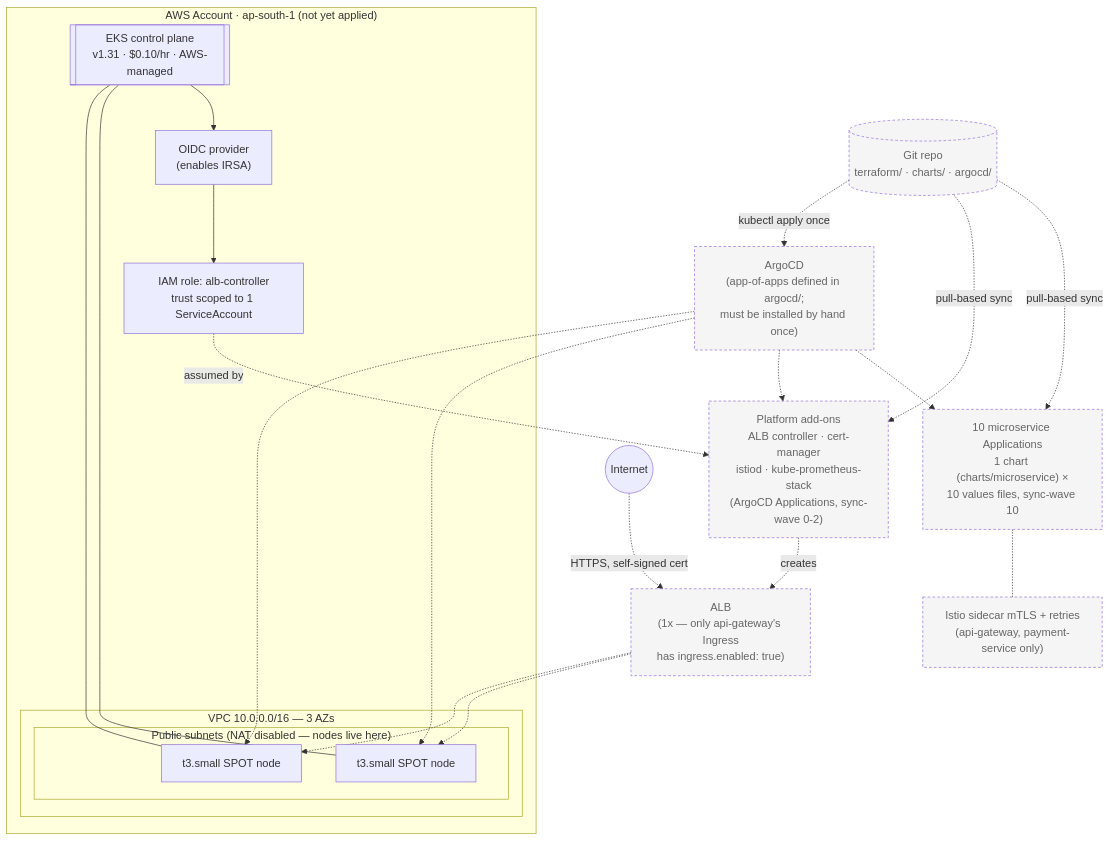
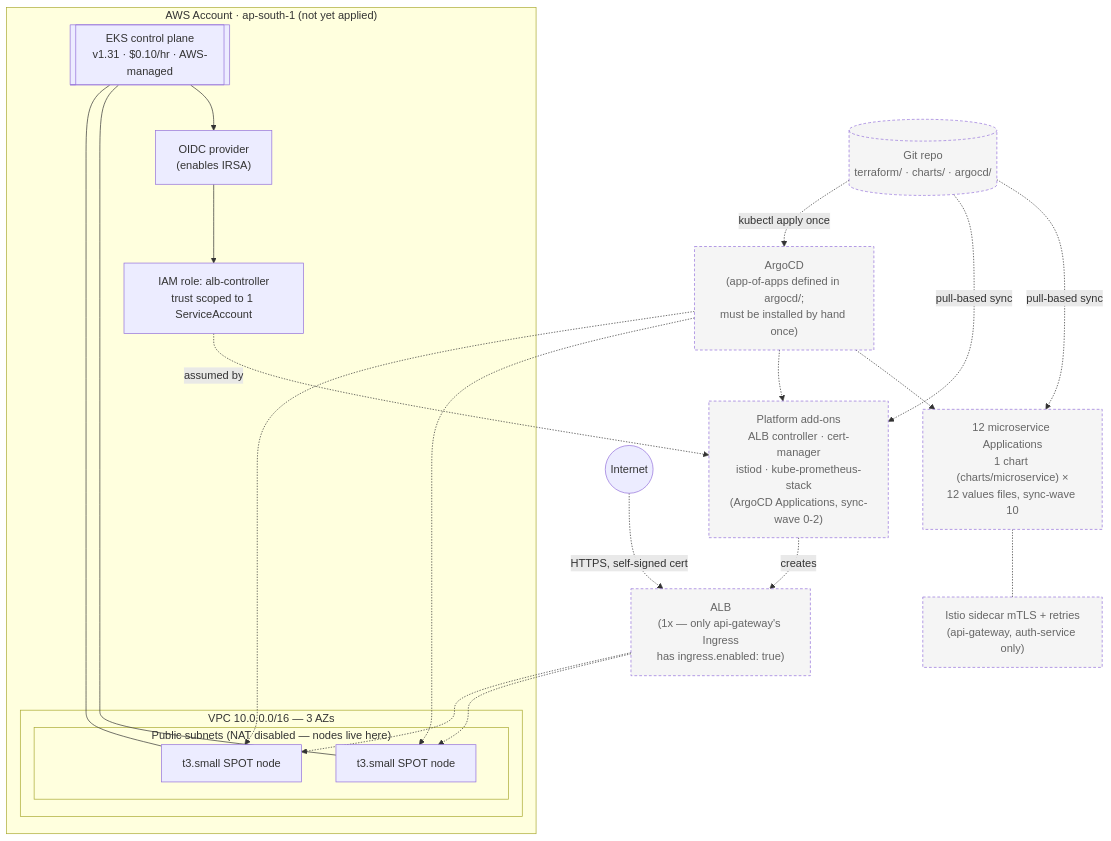
One commit to shubh17shah/eks-platform changed the second of 2 diagrams in README.md. Above: the diagram before and after it, drawn with Mermaid. The commit also changed other lines of this file and 51 other files, not shown here.

````diff
--- a/README.md
+++ b/README.md
@@ -42,47 +78,47 @@
 ```mermaid
 graph TB
     Internet((Internet))
     Git[("Git repo<br/>terraform/ · charts/ · argocd/")]
 
     subgraph AWSAccount["AWS Account · ap-south-1 (not yet applied)"]
         subgraph VPC["VPC 10.0.0.0/16 — 3 AZs"]
             subgraph PublicSubnets["Public subnets (NAT disabled — nodes live here)"]
                 Node1["t3.small SPOT node"]
                 Node2["t3.small SPOT node"]
             end
         end
 
         CP[["EKS control plane<br/>v1.31 · $0.10/hr · AWS-managed"]]
         OIDC["OIDC provider<br/>(enables IRSA)"]
         Role["IAM role: alb-controller<br/>trust scoped to 1 ServiceAccount"]
 
         CP --- Node1
         CP --- Node2
         CP --> OIDC
         OIDC --> Role
     end
 
     ArgoCD["ArgoCD<br/>(app-of-apps defined in argocd/;<br/>must be installed by hand once)"]
     Platform["Platform add-ons<br/>ALB controller · cert-manager<br/>istiod · kube-prometheus-stack<br/>(ArgoCD Applications, sync-wave 0-2)"]
-    Apps["10 microservice Applications<br/>1 chart (charts/microservice) ×<br/>10 values files, sync-wave 10"]
+    Apps["12 microservice Applications<br/>1 chart (charts/microservice) ×<br/>12 values files, sync-wave 10"]
     ALB["ALB<br/>(1x — only api-gateway's Ingress<br/>has ingress.enabled: true)"]
-    Mesh["Istio sidecar mTLS + retries<br/>(api-gateway, payment-service only)"]
+    Mesh["Istio sidecar mTLS + retries<br/>(api-gateway, auth-service only)"]
 
     Git -.->|kubectl apply once| ArgoCD
     Git -.->|pull-based sync| Platform
     Git -.->|pull-based sync| Apps
     ArgoCD -.-> Platform
     ArgoCD -.-> Apps
     Platform -.->|creates| ALB
     Role -.->|assumed by| Platform
     Apps -.- Mesh
 
     Internet -.->|HTTPS, self-signed cert| ALB
     ALB -.-> Node1
     ALB -.-> Node2
     ArgoCD -.-> Node1
     ArgoCD -.-> Node2
 
     classDef planned stroke-dasharray: 4 3,fill:#f5f5f5,color:#666
     class ArgoCD,Platform,Apps,ALB,Mesh,Git planned
 ```
````
